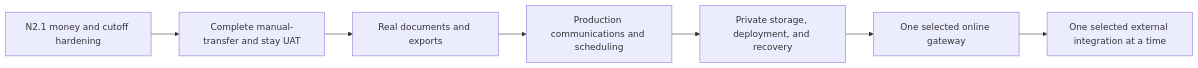
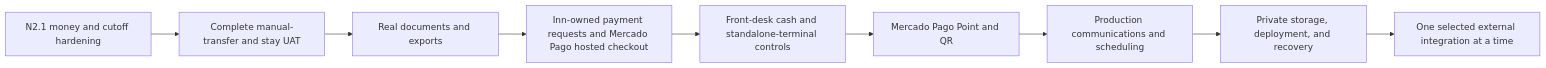
The diagram in docs/client-ready-phase-3-plan.md (nicoceron/lodge-ops), drawn with Mermaid before and after one commit. The commit also changed other lines of this file and 84 other files, not shown here.

Commit message:
Implement Mercado Pago payment lifecycle

````diff
--- a/docs/client-ready-phase-3-plan.md
+++ b/docs/client-ready-phase-3-plan.md
@@ -20,9 +21,11 @@
 ```mermaid
 flowchart LR
     A["N2.1 money and cutoff hardening"] --> B["Complete manual-transfer and stay UAT"]
     B --> C["Real documents and exports"]
-    C --> D["Production communications and scheduling"]
-    D --> E["Private storage, deployment, and recovery"]
-    E --> F["One selected online gateway"]
-    F --> G["One selected external integration at a time"]
+    C --> D["Inn-owned payment requests and Mercado Pago hosted checkout"]
+    D --> E["Front-desk cash and standalone-terminal controls"]
+    E --> F["Mercado Pago Point and QR"]
+    F --> G["Production communications and scheduling"]
+    G --> H["Private storage, deployment, and recovery"]
+    H --> I["One selected external integration at a time"]
 ```
````
